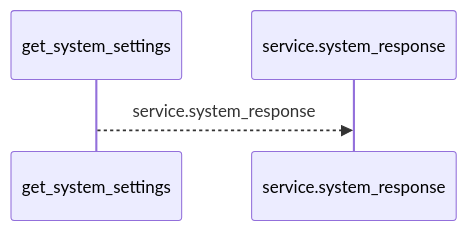
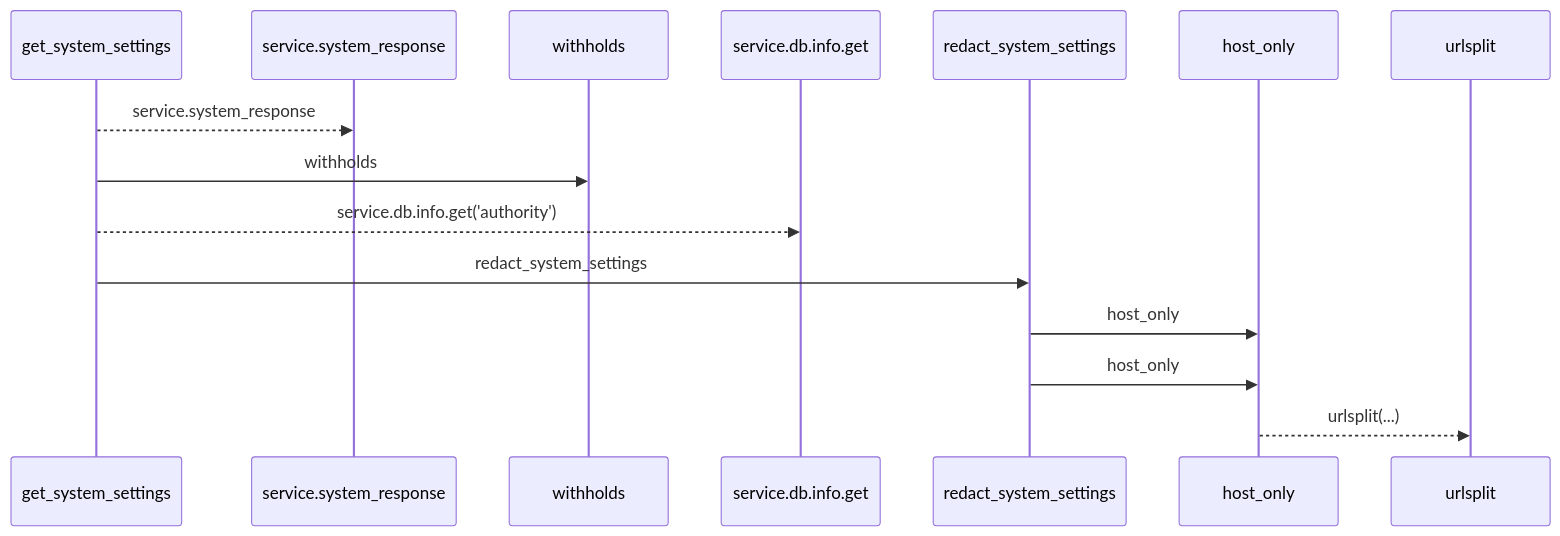
Before and after one commit to Denissvgn/WorkChord: the first of 2 diagrams in docs/llm_wiki/flows/http-get_system_settings.md, drawn with Mermaid. The commit also changed other lines of this file and 524 other files, not shown here.

````diff
--- a/docs/llm_wiki/flows/http-get_system_settings.md
+++ b/docs/llm_wiki/flows/http-get_system_settings.md
@@ -12,6 +12,17 @@
 ```mermaid
 sequenceDiagram
     participant p0 as get_system_settings
     participant p1 as service.system_response
+    participant p2 as withholds
+    participant p3 as service.db.info.get
+    participant p4 as redact_system_settings
+    participant p5 as host_only
+    participant p6 as urlsplit
     p0-->>p1: service.system_response
+    p0->>p2: withholds
+    p0-->>p3: service.db.info.get('authority')
+    p0->>p4: redact_system_settings
+    p4->>p5: host_only
+    p4->>p5: host_only
+    p5-->>p6: urlsplit(...)
 ```
````
